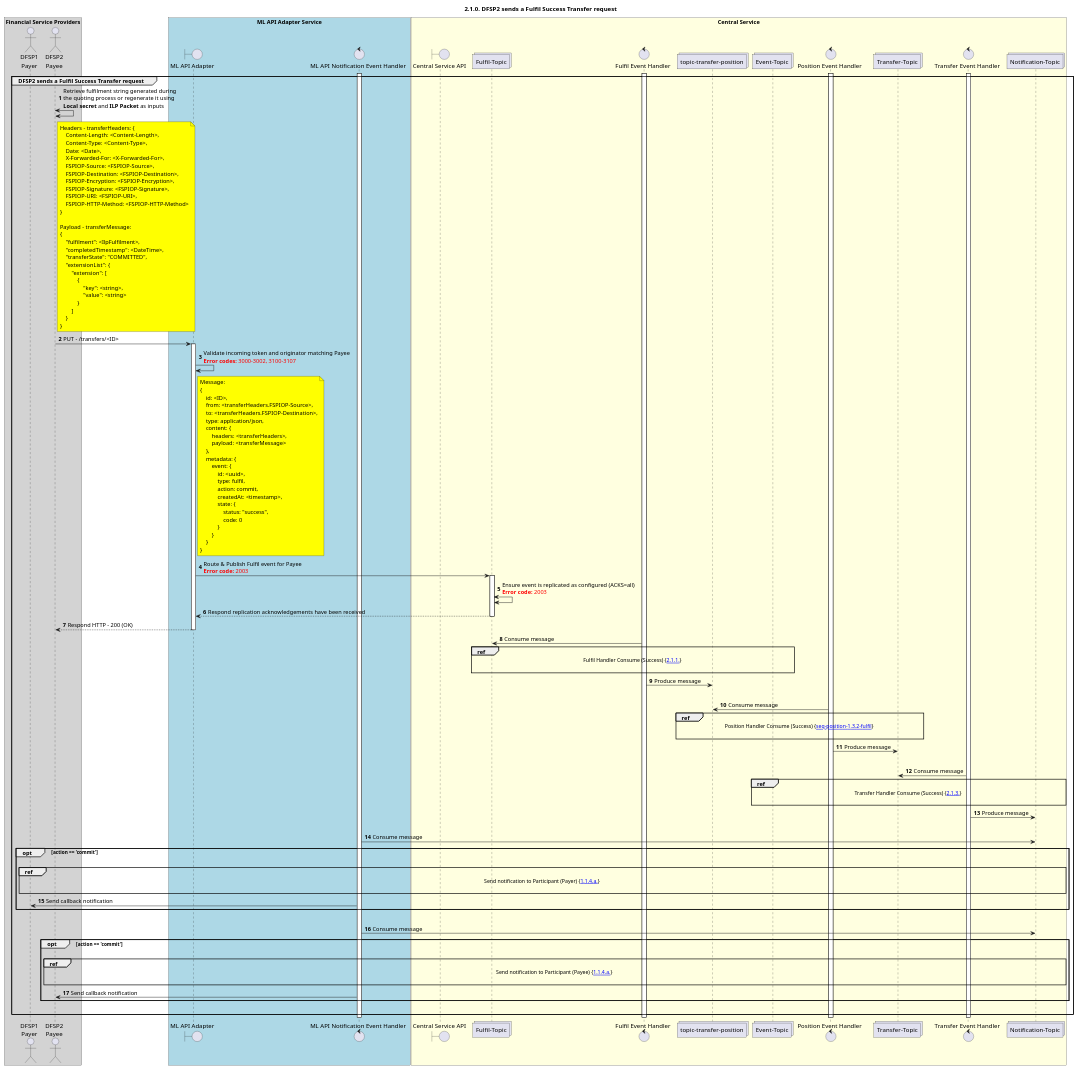
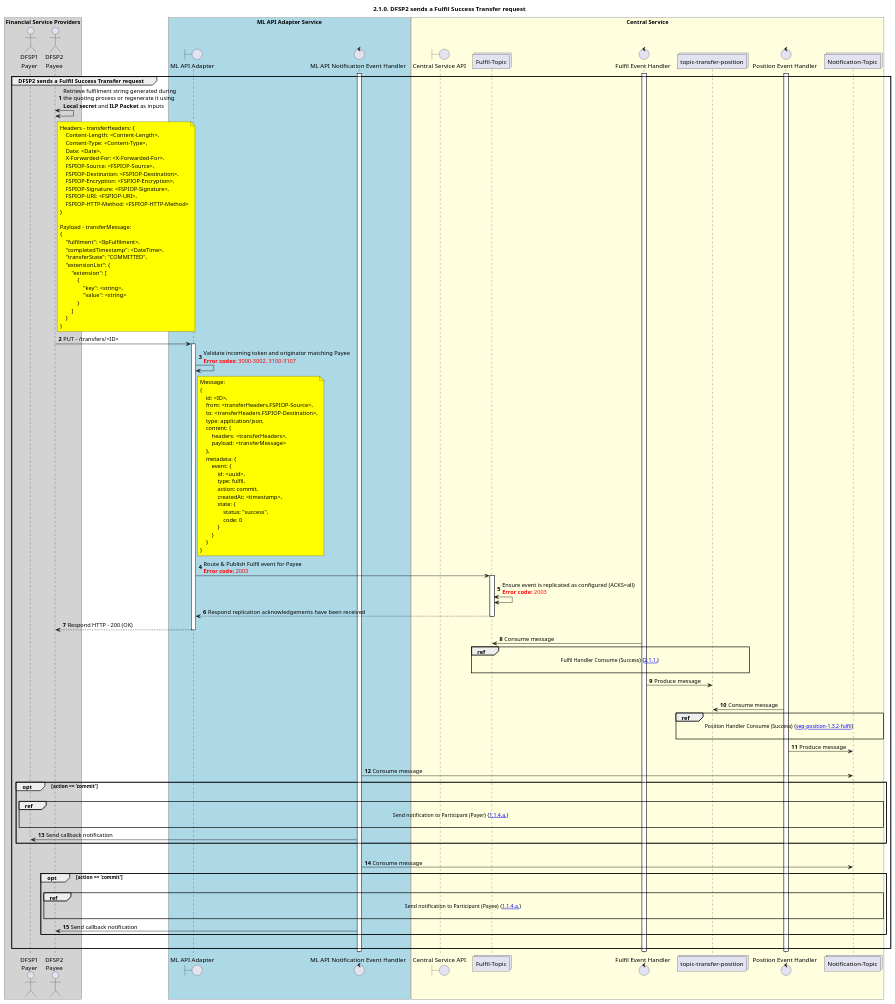
One commit to ggrg/docs changed the diagram in Diagrams/SequenceDiagrams/seq-fulfil-2.1.0.plantuml. Above: the diagram before and after it, drawn with PlantUML. The commit also changed other lines of this file and 91 other files, not shown here.

```diff
--- a/Diagrams/SequenceDiagrams/seq-fulfil-2.1.0.plantuml
+++ b/Diagrams/SequenceDiagrams/seq-fulfil-2.1.0.plantuml
@@ -25,152 +26,140 @@
 @startuml
 ' declate title
 title 2.1.0. DFSP2 sends a Fulfil Success Transfer request
 
 autonumber
 ' Actor Keys:
 '   boundary - APIs/Interfaces, etc
 '   collections - Kafka Topics
 '   control - Kafka Consumers
 '   entity - Database Access Objects
 '   database - Database Persistance Store
 
 ' declare actors
 actor "DFSP1\nPayer" as DFSP1
 actor "DFSP2\nPayee" as DFSP2
 boundary "ML API Adapter" as MLAPI
 control "ML API Notification Event Handler" as NOTIFY_HANDLER
 boundary "Central Service API" as CSAPI
 collections "Fulfil-Topic" as TOPIC_FULFIL
 control "Fulfil Event Handler" as FULF_HANDLER
 collections "topic-transfer-position" as TOPIC_TRANSFER_POSITION
 control "Position Event Handler" as POS_HANDLER
-collections "Transfer-Topic" as TOPIC_TRANSFERS
-collections "Event-Topic" as TOPIC_EVENTS
-control "Transfer Event Handler" as TRANS_HANDLER
 collections "Notification-Topic" as TOPIC_NOTIFICATIONS
 
 box "Financial Service Providers" #lightGray
 	participant DFSP1
 	participant DFSP2
 end box
 
 box "ML API Adapter Service" #LightBlue
 	participant MLAPI
 	participant NOTIFY_HANDLER
 end box
 
 box "Central Service" #LightYellow
     participant CSAPI
 	participant TOPIC_FULFIL
     participant FULF_HANDLER
     participant TOPIC_TRANSFER_POSITION
-    participant TOPIC_EVENTS
     participant POS_HANDLER
-    participant TOPIC_TRANSFERS
-    participant TRANS_HANDLER
     participant TOPIC_NOTIFICATIONS
 end box
 
 ' start flow
 activate NOTIFY_HANDLER
 activate FULF_HANDLER
 activate POS_HANDLER
-activate TRANS_HANDLER
 group DFSP2 sends a Fulfil Success Transfer request
     DFSP2 <-> DFSP2: Retrieve fulfilment string generated during\nthe quoting process or regenerate it using\n**Local secret** and **ILP Packet** as inputs
     note right of DFSP2 #yellow
         Headers - transferHeaders: {
             Content-Length: <Content-Length>,
             Content-Type: <Content-Type>,
             Date: <Date>,
             X-Forwarded-For: <X-Forwarded-For>,
             FSPIOP-Source: <FSPIOP-Source>,
             FSPIOP-Destination: <FSPIOP-Destination>,
             FSPIOP-Encryption: <FSPIOP-Encryption>,
             FSPIOP-Signature: <FSPIOP-Signature>,
             FSPIOP-URI: <FSPIOP-URI>,
             FSPIOP-HTTP-Method: <FSPIOP-HTTP-Method>
         }
 
         Payload - transferMessage:
         {
             "fulfilment": <IlpFulfilment>,
             "completedTimestamp": <DateTime>,
             "transferState": "COMMITTED",
             "extensionList": {
                 "extension": [
                     {
                         "key": <string>,
                         "value": <string>
                     }
                 ]
             }
         }
     end note
     DFSP2 -> MLAPI: PUT - /transfers/<ID>
     activate MLAPI
     MLAPI -> MLAPI: Validate incoming token and originator matching Payee\n<color #FF0000><b>Error codes:</b> 3000-3002, 3100-3107</color>
     note right of MLAPI #yellow
         Message:
         {
             id: <ID>,
             from: <transferHeaders.FSPIOP-Source>,
             to: <transferHeaders.FSPIOP-Destination>,
             type: application/json,
             content: {
                 headers: <transferHeaders>,
                 payload: <transferMessage>
             },
             metadata: {
                 event: {
                     id: <uuid>,
                     type: fulfil,
                     action: commit,
                     createdAt: <timestamp>,
                     state: {
                         status: "success",
                         code: 0
                     }
                 }
             }
         }
     end note
     MLAPI -> TOPIC_FULFIL: Route & Publish Fulfil event for Payee\n<color #FF0000><b>Error code:</b> 2003</color>
     activate TOPIC_FULFIL
     TOPIC_FULFIL <-> TOPIC_FULFIL: Ensure event is replicated as configured (ACKS=all)\n<color #FF0000><b>Error code:</b> 2003</color>
     TOPIC_FULFIL --> MLAPI: Respond replication acknowledgements have been received
     deactivate TOPIC_FULFIL
     MLAPI --> DFSP2: Respond HTTP - 200 (OK)
     deactivate MLAPI
     TOPIC_FULFIL <- FULF_HANDLER: Consume message
-    ref over TOPIC_FULFIL, TOPIC_EVENTS: Fulfil Handler Consume (Success) {[[https://github.com/mojaloop/docs/blob/master/CentralServices/seq_diagrams/seq-fulfil-2.1.1.svg 2.1.1.]]} \n
+    ref over TOPIC_FULFIL, TOPIC_TRANSFER_POSITION: Fulfil Handler Consume (Success) {[[https://github.com/mojaloop/docs/blob/master/CentralServices/seq_diagrams/seq-fulfil-2.1.1.svg 2.1.1.]]} \n
     FULF_HANDLER -> TOPIC_TRANSFER_POSITION: Produce message
     |||
     TOPIC_TRANSFER_POSITION <- POS_HANDLER: Consume message
-    ref over TOPIC_TRANSFER_POSITION, TOPIC_TRANSFERS:  Position Handler Consume (Success) {[[https://github.com/mojaloop/docs/blob/master/CentralServices/seq_diagrams/seq-position-1.3.2-fulfil.svg seq-position-1.3.2-fulfil]]} \n
-    POS_HANDLER -> TOPIC_TRANSFERS: Produce message
-    |||
-    TOPIC_TRANSFERS <- TRANS_HANDLER: Consume message
-    ref over TOPIC_EVENTS, TOPIC_NOTIFICATIONS: Transfer Handler Consume (Success) {[[https://github.com/mojaloop/docs/blob/master/CentralServices/seq_diagrams/seq-fulfil-2.1.3.svg 2.1.3.]]} \n
-    TRANS_HANDLER -> TOPIC_NOTIFICATIONS: Produce message
+    ref over TOPIC_TRANSFER_POSITION, TOPIC_NOTIFICATIONS:  Position Handler Consume (Success) {[[https://github.com/mojaloop/docs/blob/master/CentralServices/seq_diagrams/seq-position-1.3.2-fulfil.svg seq-position-1.3.2-fulfil]]} \n
+    POS_HANDLER -> TOPIC_NOTIFICATIONS: Produce message
     |||
     TOPIC_NOTIFICATIONS <- NOTIFY_HANDLER: Consume message
     opt action == 'commit'
         |||
         ref over DFSP1, TOPIC_NOTIFICATIONS: Send notification to Participant (Payer) {[[https://github.com/mojaloop/docs/blob/master/CentralServices/seq_diagrams/seq-prepare-1.1.4.a.svg 1.1.4.a.]]} \n
         NOTIFY_HANDLER -> DFSP1: Send callback notification
     end
     |||
     TOPIC_NOTIFICATIONS <- NOTIFY_HANDLER: Consume message
     opt action == 'commit'
         |||
         ref over DFSP2, TOPIC_NOTIFICATIONS: Send notification to Participant (Payee) {[[https://github.com/mojaloop/docs/blob/master/CentralServices/seq_diagrams/seq-prepare-1.1.4.a.svg 1.1.4.a.]]} \n
         NOTIFY_HANDLER -> DFSP2: Send callback notification
     end
     |||
 end
-deactivate TRANS_HANDLER
 deactivate POS_HANDLER
 deactivate FULF_HANDLER
 deactivate NOTIFY_HANDLER
 @enduml
```
